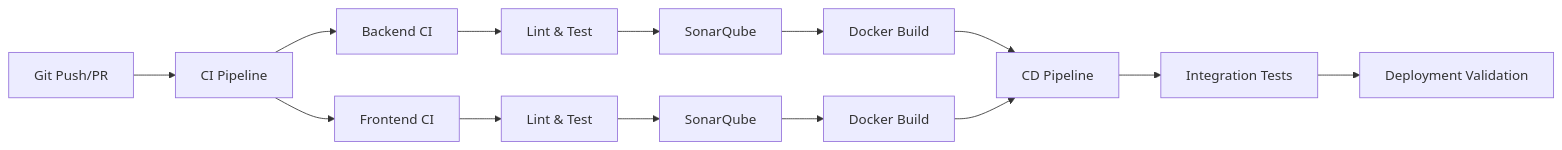
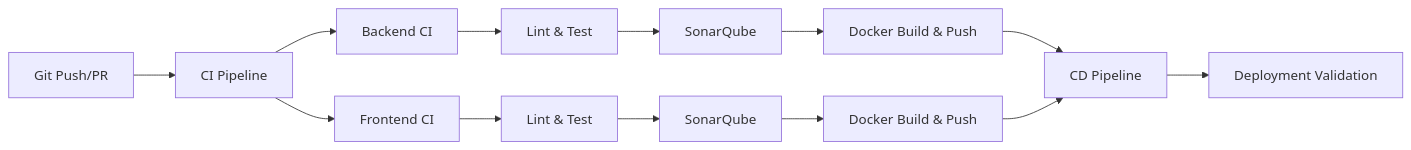
The diagram in README.md (RichardPrax/uni-devops-ss-25), drawn with Mermaid before and after one commit. The commit also changed other lines of this file, not shown here.

````diff
--- a/README.md
+++ b/README.md
@@ -97,16 +82,15 @@
 ```mermaid
 graph LR
     A[Git Push/PR] --> B[CI Pipeline]
     B --> C[Backend CI]
     B --> D[Frontend CI]
     C --> E[Lint & Test]
     D --> F[Lint & Test]
     E --> G[SonarQube]
     F --> H[SonarQube]
-    G --> I[Docker Build]
-    H --> J[Docker Build]
+    G --> I[Docker Build & Push]
+    H --> J[Docker Build & Push]
     I --> K[CD Pipeline]
     J --> K
-    K --> L[Integration Tests]
-    L --> M[Deployment Validation]
+    K --> L[Deployment Validation]
 ```
````
